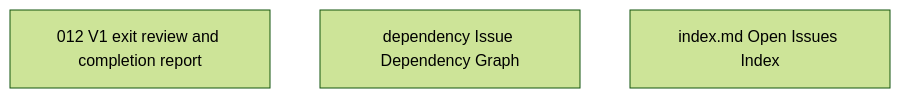
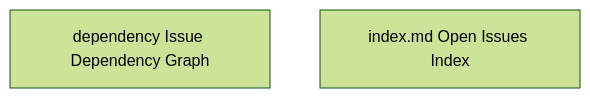
Before and after one commit to wogikaze/arukellt: the diagram in issues/open/dependency-graph.md, drawn with Mermaid (forest theme). The commit also changed other lines of this file and 4 other files, not shown here.

First line of the commit message:
012: V1 exit review — all criteria met

````diff
--- a/issues/open/dependency-graph.md
+++ b/issues/open/dependency-graph.md
@@ -7,6 +7,5 @@
 ```mermaid
 graph TD
-  I012["012 V1 exit review and completion report"]
   Idependency["dependency Issue Dependency Graph"]
   Iindex.md["index.md Open Issues Index"]
 ```
````
